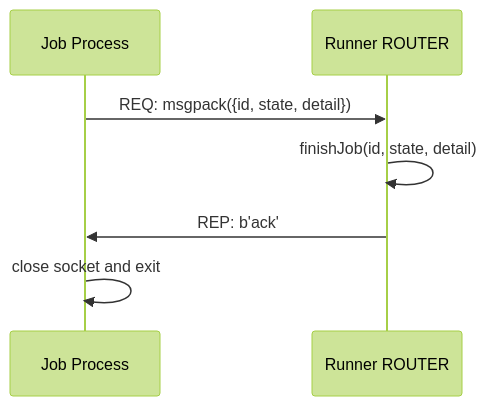
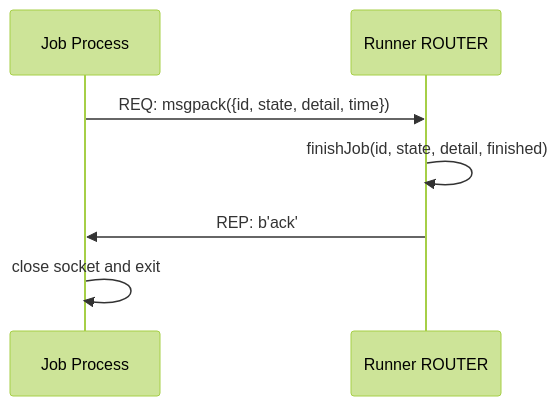
Before and after one commit to pyops-project/pyops: the ninth of 10 diagrams in docs/insights_app.md, drawn with Mermaid (forest theme). The commit also changed other lines of this file and 96 other files, not shown here.

````diff
--- a/docs/insights_app.md
+++ b/docs/insights_app.md
@@ -672,9 +728,9 @@
 ```mermaid
 sequenceDiagram
     participant Child as Job Process
     participant Runner as Runner ROUTER
-    Child->>Runner: REQ: msgpack({id, state, detail})
-    Runner->>Runner: finishJob(id, state, detail)
+    Child->>Runner: REQ: msgpack({id, state, detail, time})
+    Runner->>Runner: finishJob(id, state, detail, finished)
     Runner->>Child: REP: b'ack'
     Child->>Child: close socket and exit
 ```
````
